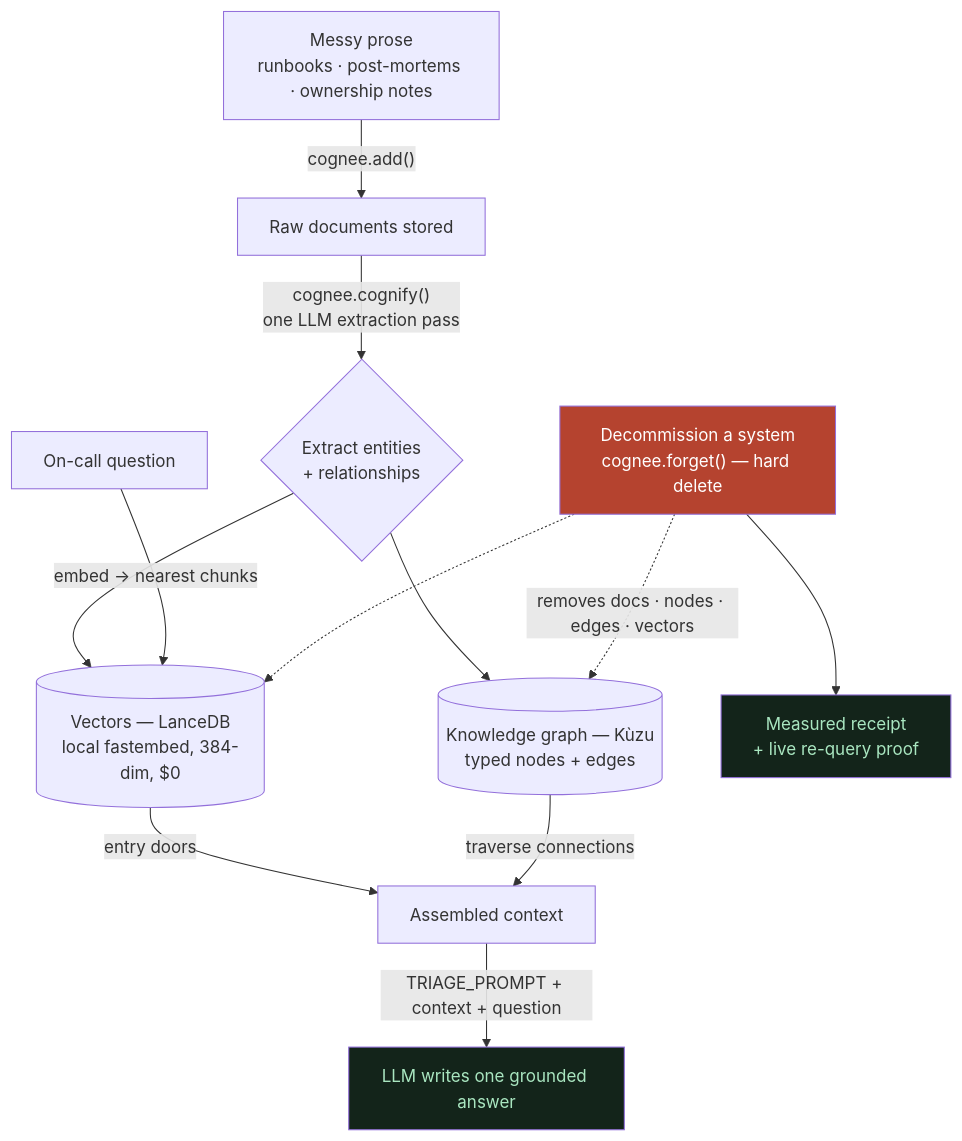
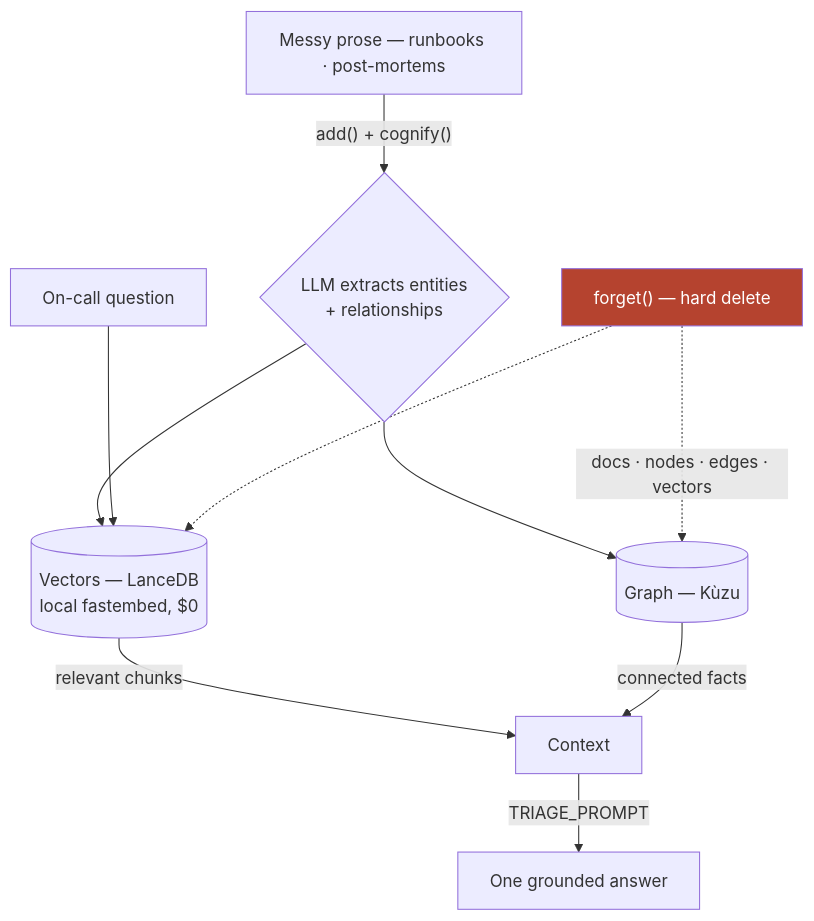
Before and after one commit to vinayaksonthalia/lethe: the diagram in README.md, drawn with Mermaid. The commit also changed other lines of this file, not shown here.

````diff
--- a/README.md
+++ b/README.md
@@ -112,22 +57,12 @@
 ```mermaid
 flowchart TD
-    DOCS["Messy prose<br/>runbooks · post-mortems · ownership notes"]
-    DOCS -->|"cognee.add()"| RAW["Raw documents stored"]
-    RAW -->|"cognee.cognify()<br/>one LLM extraction pass"| EX{"Extract entities<br/>+ relationships"}
-    EX --> GRAPH[("Knowledge graph — Kùzu<br/>typed nodes + edges")]
-    EX --> VEC[("Vectors — LanceDB<br/>local fastembed, 384-dim, $0")]
-
-    Q["On-call question"] -->|"embed → nearest chunks"| VEC
-    VEC -->|"entry doors"| CTX["Assembled context"]
-    GRAPH -->|"traverse connections"| CTX
-    CTX -->|"TRIAGE_PROMPT + context + question"| LLM["LLM writes one grounded answer"]
-
-    F["Decommission a system<br/>cognee.forget() — hard delete"]
-    F -.->|"removes docs · nodes · edges · vectors"| GRAPH
+    DOCS["Messy prose — runbooks · post-mortems"] -->|"add() + cognify()"| EX{"LLM extracts entities<br/>+ relationships"}
+    EX --> GRAPH[("Graph — Kùzu")]
+    EX --> VEC[("Vectors — LanceDB<br/>local fastembed, $0")]
+    Q["On-call question"] --> VEC -->|"relevant chunks"| CTX["Context"]
+    GRAPH -->|"connected facts"| CTX
+    CTX -->|"TRIAGE_PROMPT"| LLM["One grounded answer"]
+    F["forget() — hard delete"] -.->|"docs · nodes · edges · vectors"| GRAPH
     F -.-> VEC
-    F --> RECEIPT["Measured receipt<br/>+ live re-query proof"]
-
     style F fill:#b5432f,color:#fff
-    style LLM fill:#13241a,color:#a9e6c0
-    style RECEIPT fill:#13241a,color:#a9e6c0
 ```
````
